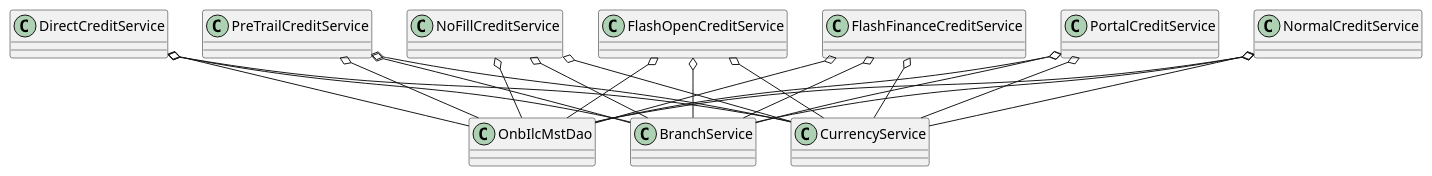
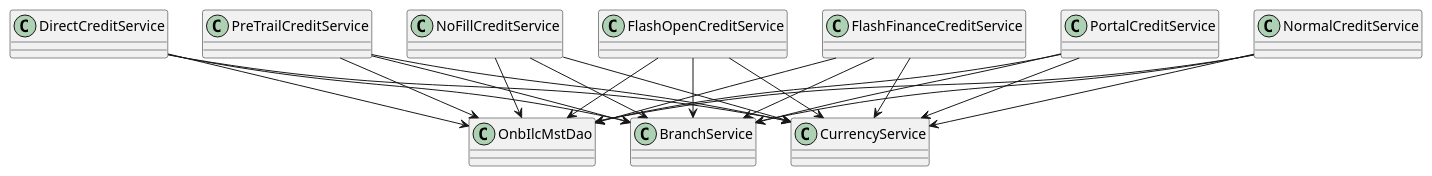
The diagram in uml/sample/ddd/latterThreeLayer.puml (andyruohan/JavaApprentice), drawn with PlantUML before and after one commit. The commit also changed 2 other files, not shown here.

Commit message:
optimize three and four layer uml

```diff
--- a/uml/sample/ddd/latterThreeLayer.puml
+++ b/uml/sample/ddd/latterThreeLayer.puml
@@ -1,54 +1,54 @@
 @startuml
 
 class PreTrailCreditService {
 }
 
 class NoFillCreditService {
 }
 
 class FlashOpenCreditService {}
 
 class FlashFinanceCreditService {}
 
 class PortalCreditService {
 }
 
 class NormalCreditService {
 }
 
 class DirectCreditService {
 }
 
 class OnbIlcMstDao {
 }
 
 class BranchService {
 }
 
 class CurrencyService {
 }
 
-PortalCreditService o-- OnbIlcMstDao
-PreTrailCreditService o-- OnbIlcMstDao
-NormalCreditService o-- OnbIlcMstDao
-NoFillCreditService o-- OnbIlcMstDao
-FlashOpenCreditService o-- OnbIlcMstDao
-FlashFinanceCreditService o-- OnbIlcMstDao
-DirectCreditService o-- OnbIlcMstDao
-PortalCreditService o-- BranchService
-PreTrailCreditService o-- BranchService
-NormalCreditService o-- BranchService
-NoFillCreditService o-- BranchService
-FlashOpenCreditService o-- BranchService
-FlashFinanceCreditService o-- BranchService
-DirectCreditService o-- BranchService
-PortalCreditService o-- CurrencyService
-PreTrailCreditService o-- CurrencyService
-NormalCreditService o-- CurrencyService
-NoFillCreditService o-- CurrencyService
-FlashOpenCreditService o-- CurrencyService
-FlashFinanceCreditService o-- CurrencyService
-DirectCreditService o-- CurrencyService
+PortalCreditService --> OnbIlcMstDao
+PreTrailCreditService --> OnbIlcMstDao
+NormalCreditService --> OnbIlcMstDao
+NoFillCreditService --> OnbIlcMstDao
+FlashOpenCreditService --> OnbIlcMstDao
+FlashFinanceCreditService --> OnbIlcMstDao
+DirectCreditService --> OnbIlcMstDao
+PortalCreditService --> BranchService
+PreTrailCreditService --> BranchService
+NormalCreditService --> BranchService
+NoFillCreditService --> BranchService
+FlashOpenCreditService --> BranchService
+FlashFinanceCreditService --> BranchService
+DirectCreditService --> BranchService
+PortalCreditService --> CurrencyService
+PreTrailCreditService --> CurrencyService
+NormalCreditService --> CurrencyService
+NoFillCreditService --> CurrencyService
+FlashOpenCreditService --> CurrencyService
+FlashFinanceCreditService --> CurrencyService
+DirectCreditService --> CurrencyService
 
 
 @enduml
```
